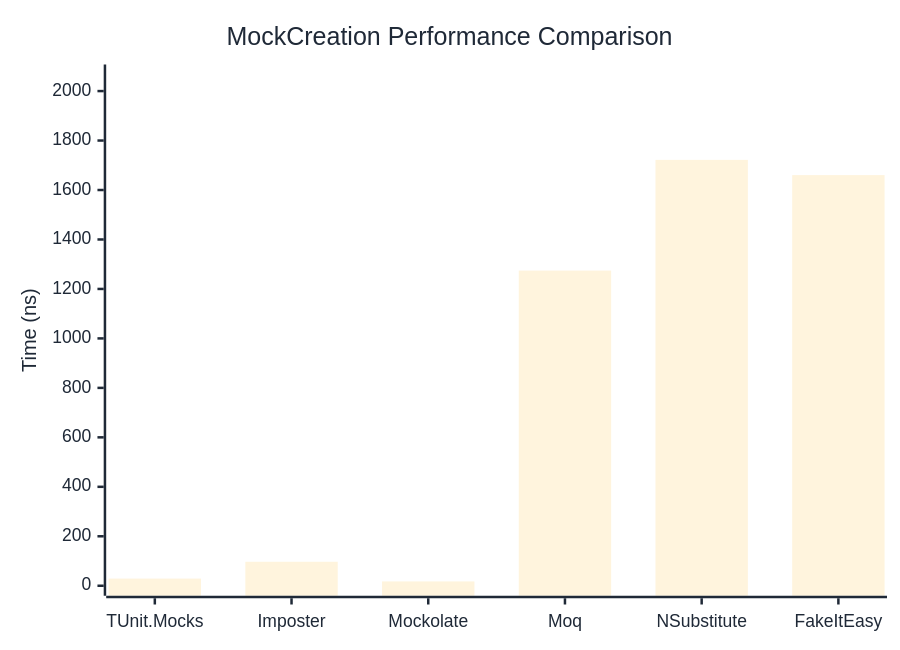
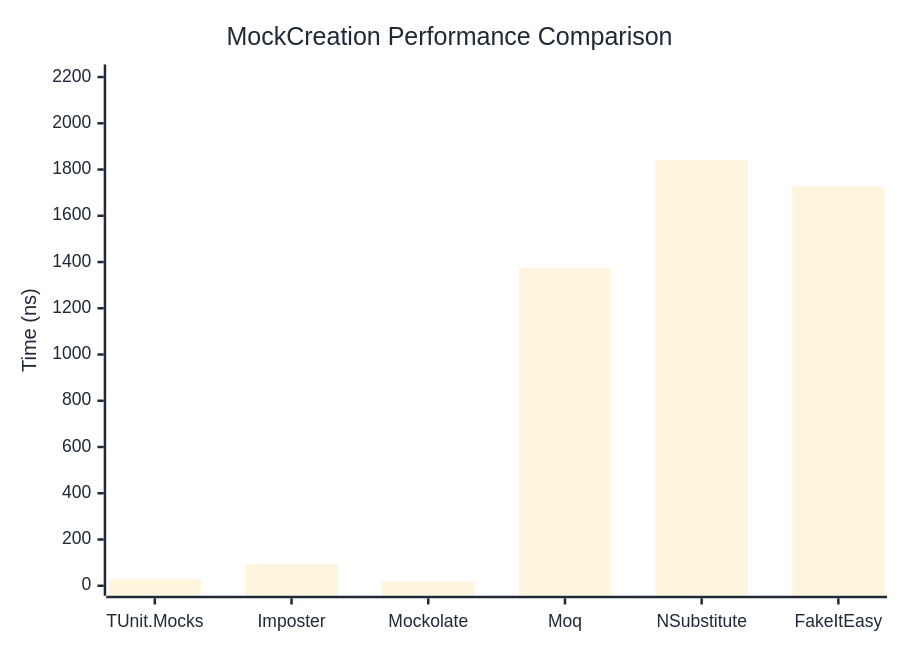
Before and after one commit to thomhurst/TUnit: the first of 2 diagrams in docs/docs/benchmarks/mocks/MockCreation.md, drawn with Mermaid. The commit also changed other lines of this file and 14 other files, not shown here.

````diff
--- a/docs/docs/benchmarks/mocks/MockCreation.md
+++ b/docs/docs/benchmarks/mocks/MockCreation.md
@@ -30,27 +30,27 @@
 ```mermaid
 %%{init: {
   'theme':'base',
   'themeVariables': {
     'primaryColor': '#2563eb',
     'primaryTextColor': '#1f2937',
     'primaryBorderColor': '#1e40af',
     'lineColor': '#6b7280',
     'secondaryColor': '#7c3aed',
     'tertiaryColor': '#dc2626',
     'background': '#ffffff',
     'pie1': '#2563eb',
     'pie2': '#7c3aed',
     'pie3': '#dc2626',
     'pie4': '#f59e0b',
     'pie5': '#10b981',
     'pie6': '#06b6d4',
     'pie7': '#ec4899',
     'pie8': '#6366f1'
   }
 }}%%
 xychart-beta
   title "MockCreation Performance Comparison"
   x-axis ["TUnit.Mocks", "Imposter", "Mockolate", "Moq", "NSubstitute", "FakeItEasy"]
-  y-axis "Time (ns)" 0 --> 2067
-  bar [28.98, 97, 17.46, 1274.24, 1721.85, 1660.22]
+  y-axis "Time (ns)" 0 --> 2211
+  bar [27.46, 92, 17.65, 1374.57, 1841.72, 1726.45]
 ```
````
